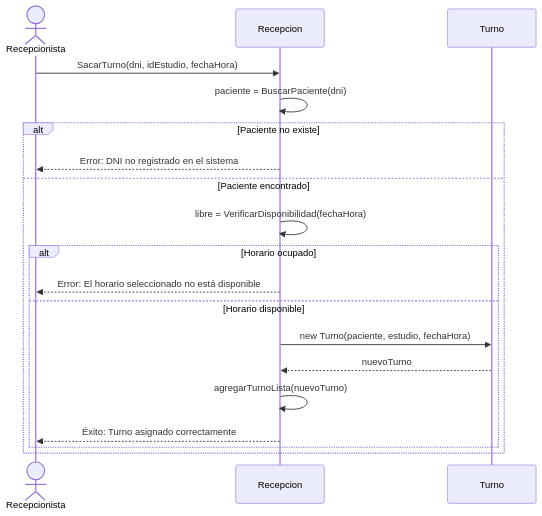
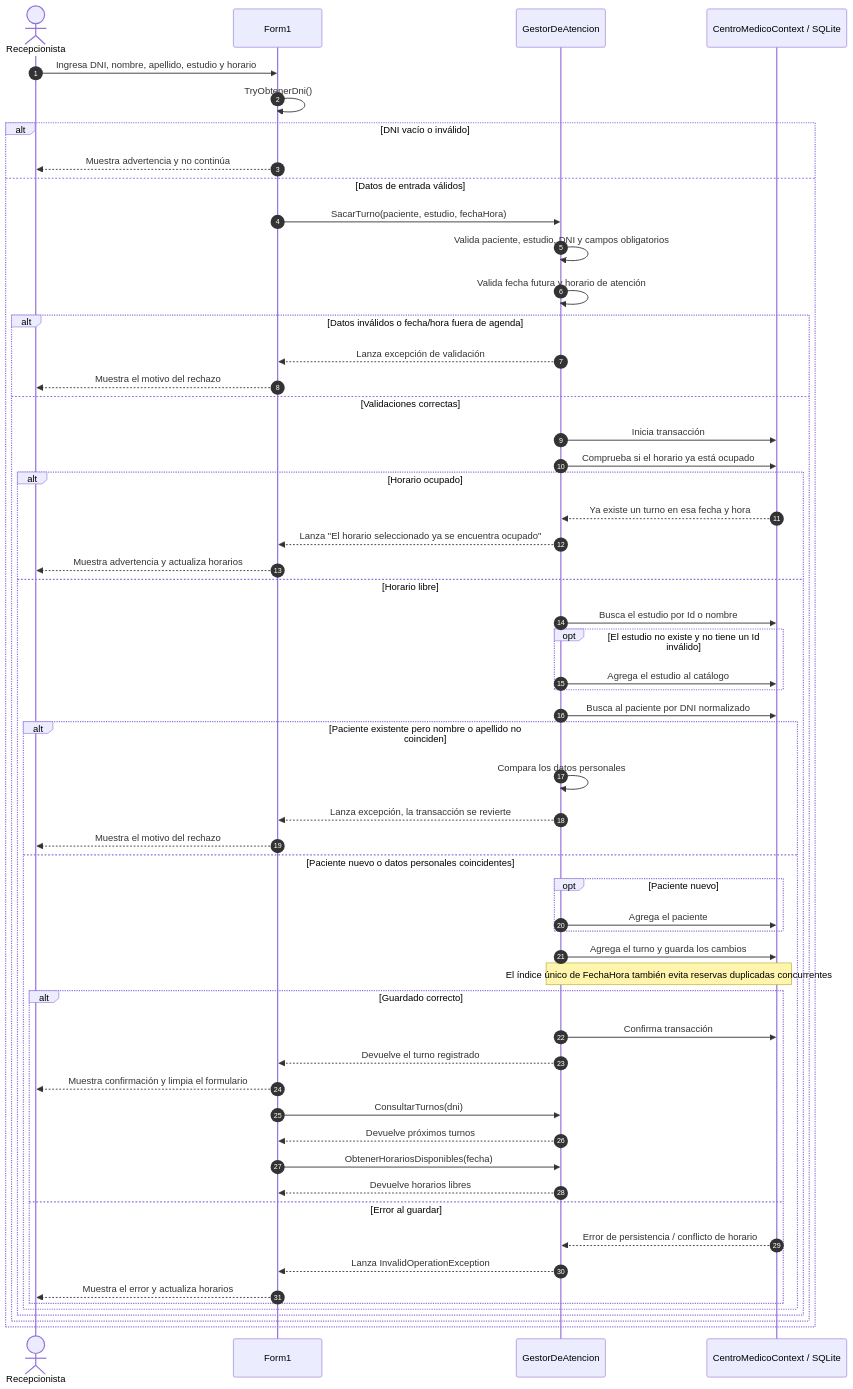
The diagram in docs/Diagrama_de_Secuencia.mmd (ThiagoGodoy77/GestiondePacientes), drawn with Mermaid before and after one commit.

Commit message:
actualizacion diagrama de secuencia

```diff
--- a/docs/Diagrama_de_Secuencia.mmd
+++ b/docs/Diagrama_de_Secuencia.mmd
@@ -1,23 +1,58 @@
 sequenceDiagram
+    autonumber
     actor Recepcionista
-    participant Sistema as Recepcion
-    participant T as Turno
+    participant UI as Form1
+    participant G as GestorDeAtencion
+    participant DB as CentroMedicoContext / SQLite
 
-    Recepcionista->>Sistema: SacarTurno(dni, idEstudio, fechaHora)
-    %% Autodelegación 1: Buscar al paciente en memoria
-    Sistema->>Sistema: paciente = BuscarPaciente(dni)
-    alt Paciente no existe
-        Sistema-->>Recepcionista: Error: DNI no registrado en el sistema
-    else Paciente encontrado
-        %% Autodelegación 2: Verificar que el horario no esté pisado
-        Sistema->>Sistema: libre = VerificarDisponibilidad(fechaHora)
-        alt Horario ocupado
-            Sistema-->>Recepcionista: Error: El horario seleccionado no está disponible
-        else Horario disponible
-            %% Creación del objeto y asignación
-            Sistema->>T: new Turno(paciente, estudio, fechaHora)
-            T-->>Sistema: nuevoTurno
-            Sistema->>Sistema: agregarTurnoLista(nuevoTurno)
-            Sistema-->>Recepcionista: Éxito: Turno asignado correctamente
+    Recepcionista->>UI: Ingresa DNI, nombre, apellido, estudio y horario
+    UI->>UI: TryObtenerDni()
+    alt DNI vacío o inválido
+        UI-->>Recepcionista: Muestra advertencia y no continúa
+    else Datos de entrada válidos
+        UI->>G: SacarTurno(paciente, estudio, fechaHora)
+        G->>G: Valida paciente, estudio, DNI y campos obligatorios
+        G->>G: Valida fecha futura y horario de atención
+        alt Datos inválidos o fecha/hora fuera de agenda
+            G-->>UI: Lanza excepción de validación
+            UI-->>Recepcionista: Muestra el motivo del rechazo
+        else Validaciones correctas
+            G->>DB: Inicia transacción
+            G->>DB: Comprueba si el horario ya está ocupado
+            alt Horario ocupado
+                DB-->>G: Ya existe un turno en esa fecha y hora
+                G-->>UI: Lanza "El horario seleccionado ya se encuentra ocupado"
+                UI-->>Recepcionista: Muestra advertencia y actualiza horarios
+            else Horario libre
+                G->>DB: Busca el estudio por Id o nombre
+                opt El estudio no existe y no tiene un Id inválido
+                    G->>DB: Agrega el estudio al catálogo
+                end
+                G->>DB: Busca al paciente por DNI normalizado
+                alt Paciente existente pero nombre o apellido no coinciden
+                    G->>G: Compara los datos personales
+                    G-->>UI: Lanza excepción, la transacción se revierte
+                    UI-->>Recepcionista: Muestra el motivo del rechazo
+                else Paciente nuevo o datos personales coincidentes
+                    opt Paciente nuevo
+                        G->>DB: Agrega el paciente
+                    end
+                    G->>DB: Agrega el turno y guarda los cambios
+                    Note over G,DB: El índice único de FechaHora también evita reservas duplicadas concurrentes
+                    alt Guardado correcto
+                        G->>DB: Confirma transacción
+                        G-->>UI: Devuelve el turno registrado
+                        UI-->>Recepcionista: Muestra confirmación y limpia el formulario
+                        UI->>G: ConsultarTurnos(dni)
+                        G-->>UI: Devuelve próximos turnos
+                        UI->>G: ObtenerHorariosDisponibles(fecha)
+                        G-->>UI: Devuelve horarios libres
+                    else Error al guardar
+                        DB-->>G: Error de persistencia / conflicto de horario
+                        G-->>UI: Lanza InvalidOperationException
+                        UI-->>Recepcionista: Muestra el error y actualiza horarios
+                    end
+                end
+            end
         end
     end
```
